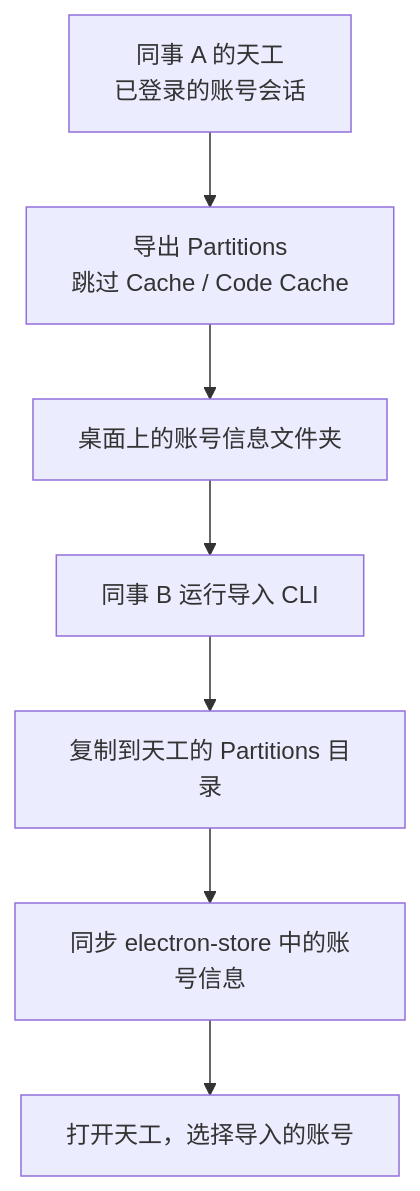
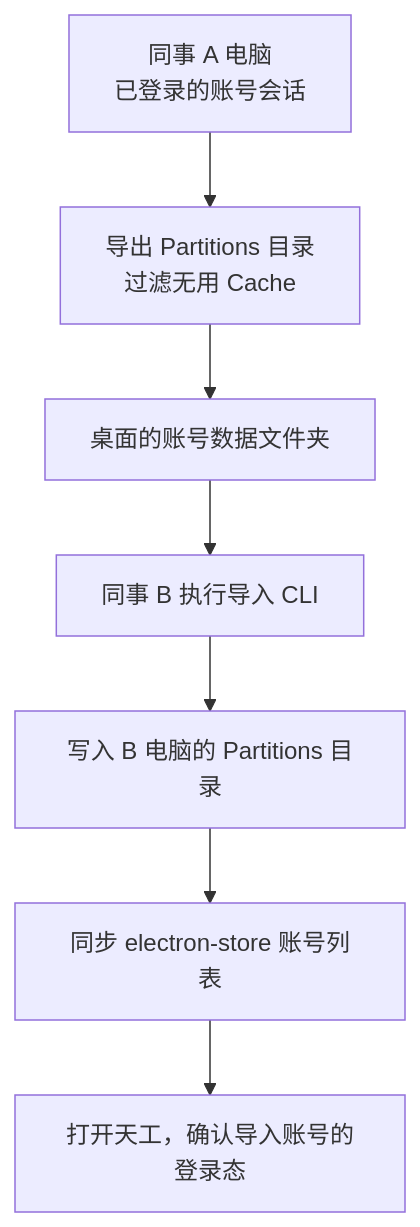
Diagram 13 of 13 in source/_posts/2025-09-14-electron-tiangong.md (yyxTheOracle/MyBlog), drawn with Mermaid before and after one commit. The commit also changed other lines of this file, not shown here.

````diff
--- a/source/_posts/2025-09-14-electron-tiangong.md
+++ b/source/_posts/2025-09-14-electron-tiangong.md
@@ -592,9 +469,9 @@
 ```mermaid
 flowchart TB
-    A["同事 A 的天工<br/>已登录的账号会话"] --> E["导出 Partitions<br/>跳过 Cache / Code Cache"]
-    E --> D["桌面上的账号信息文件夹"]
-    D --> I["同事 B 运行导入 CLI"]
-    I --> P["复制到天工的 Partitions 目录"]
-    P --> S["同步 electron-store 中的账号信息"]
-    S --> B["打开天工，选择导入的账号"]
+    A["同事 A 电脑<br/>已登录的账号会话"] --> E["导出 Partitions 目录<br/>过滤无用 Cache"]
+    E --> D["桌面的账号数据文件夹"]
+    D --> I["同事 B 执行导入 CLI"]
+    I --> P["写入 B 电脑的 Partitions 目录"]
+    P --> S["同步 electron-store 账号列表"]
+    S --> B["打开天工，确认导入账号的登录态"]
 ```
````
